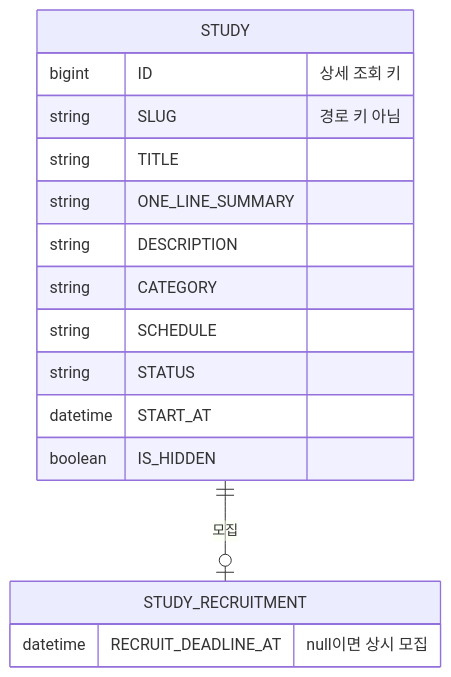
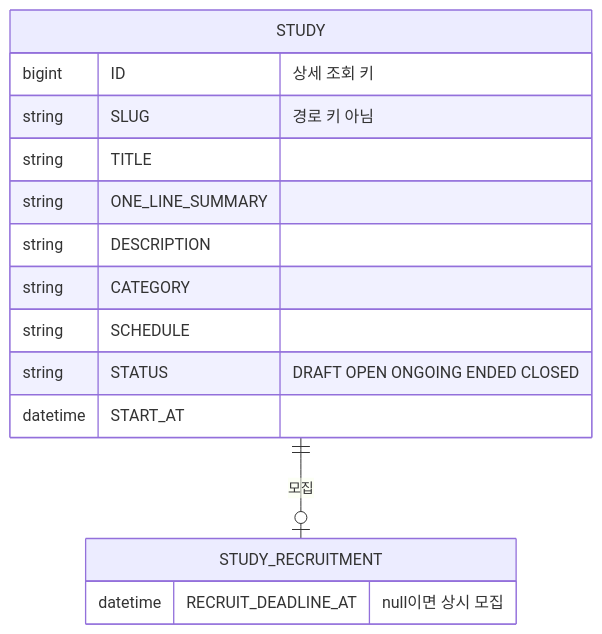
One commit to StudyClub-PlusPlus/studyclub-engineering changed the second of 2 diagrams in planning/stories/crew-view-study-detail/PRD.md. Above: the diagram before and after it, drawn with Mermaid. The commit also changed other lines of this file and 39 other files, not shown here.

````diff
--- a/planning/stories/crew-view-study-detail/PRD.md
+++ b/planning/stories/crew-view-study-detail/PRD.md
@@ -122,19 +122,18 @@
 ```mermaid
 erDiagram
   STUDY ||--o| STUDY_RECRUITMENT : "모집"
   STUDY {
     bigint ID "상세 조회 키"
     string SLUG "경로 키 아님"
     string TITLE
     string ONE_LINE_SUMMARY
     string DESCRIPTION
     string CATEGORY
     string SCHEDULE
-    string STATUS
+    string STATUS "DRAFT OPEN ONGOING ENDED CLOSED"
     datetime START_AT
-    boolean IS_HIDDEN
   }
   STUDY_RECRUITMENT {
     datetime RECRUIT_DEADLINE_AT "null이면 상시 모집"
   }
 ```
````
